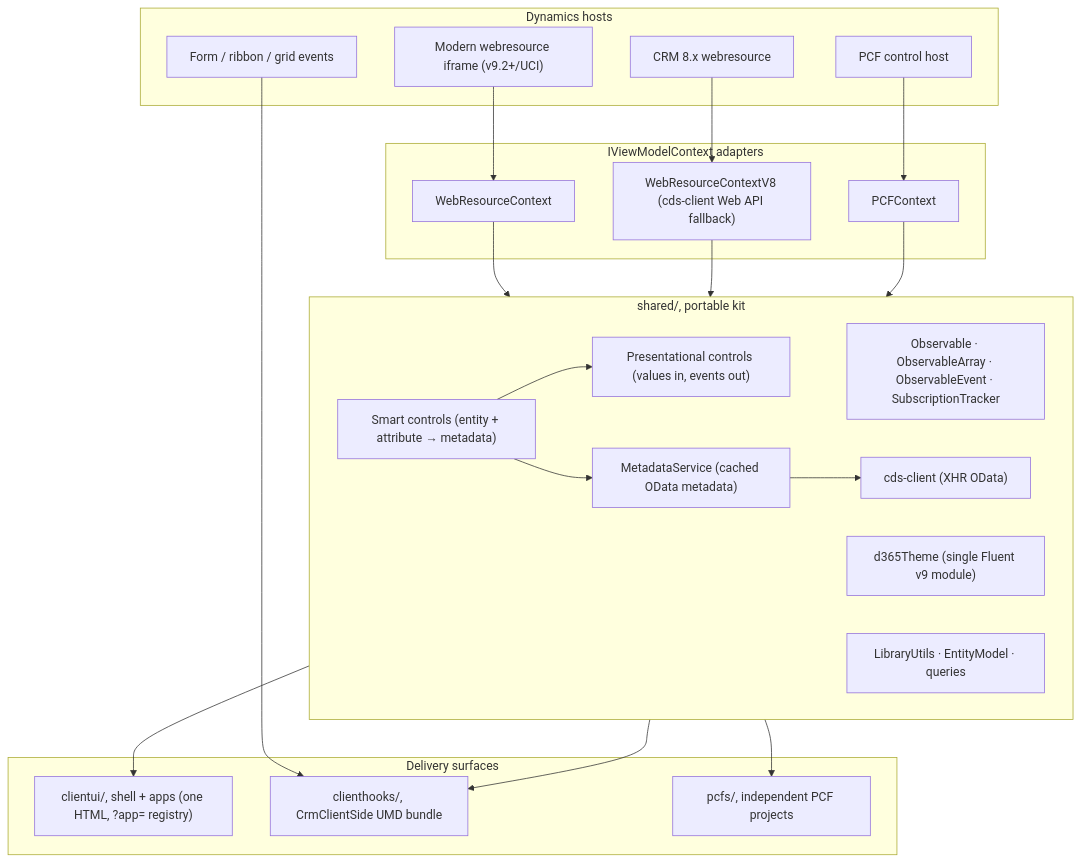
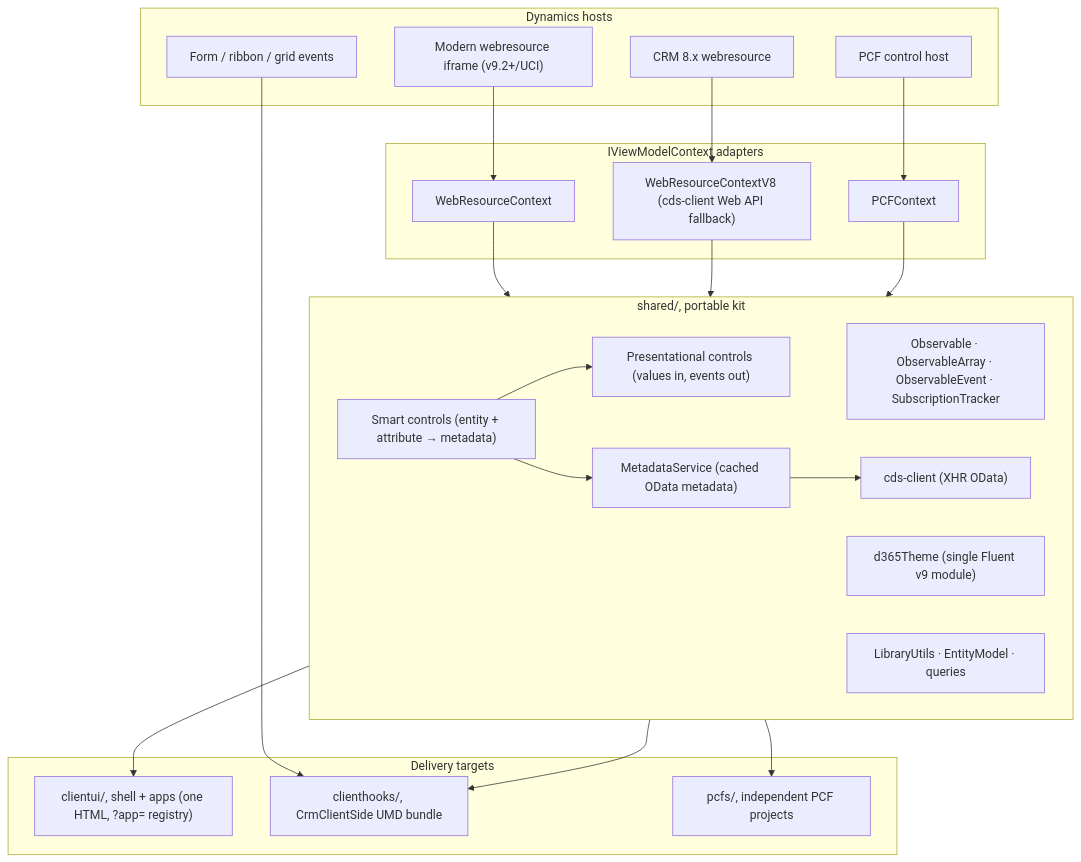
One commit to antoniocuegervas/d365-clientside-kit changed the diagram in docs/architecture.md. Above: the diagram before and after it, drawn with Mermaid. The commit also changed other lines of this file and 8 other files, not shown here.

````diff
--- a/docs/architecture.md
+++ b/docs/architecture.md
@@ -7,45 +7,45 @@
 ```mermaid
 flowchart TB
     subgraph hosts [Dynamics hosts]
         ModernWR["Modern webresource iframe (v9.2+/UCI)"]
         LegacyWR["CRM 8.x webresource"]
         PCFHost["PCF control host"]
         Scripts["Form / ribbon / grid events"]
     end
 
     subgraph adapters [IViewModelContext adapters]
         WRC["WebResourceContext"]
         WRC8["WebResourceContextV8 (cds-client Web API fallback)"]
         PCFC["PCFContext"]
     end
 
     subgraph kit [shared/, portable kit]
         Reactivity["Observable · ObservableArray · ObservableEvent · SubscriptionTracker"]
         Smart["Smart controls (entity + attribute → metadata)"]
         Pres["Presentational controls (values in, events out)"]
         Meta["MetadataService (cached OData metadata)"]
         Cds["cds-client (XHR OData)"]
         Theme["d365Theme (single Fluent v9 module)"]
         Utils["LibraryUtils · EntityModel · queries"]
     end
 
-    subgraph delivery [Delivery surfaces]
+    subgraph delivery [Delivery targets]
         ClientUI["clientui/, shell + apps (one HTML, ?app= registry)"]
         Hooks["clienthooks/, CrmClientSide UMD bundle"]
         PCFs["pcfs/, independent PCF projects"]
     end
 
     ModernWR --> WRC
     LegacyWR --> WRC8
     PCFHost --> PCFC
     Scripts --> Hooks
     WRC --> kit
     WRC8 --> kit
     PCFC --> kit
     kit --> ClientUI
     kit --> Hooks
     kit --> PCFs
     Smart --> Pres
     Smart --> Meta
     Meta --> Cds
 ```
````
